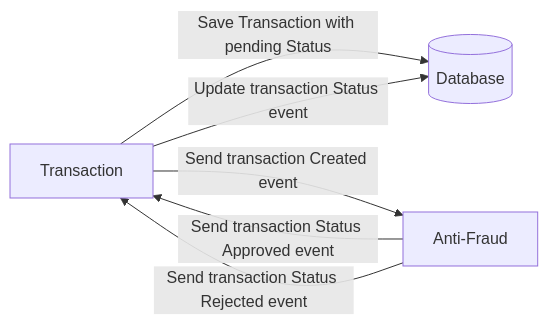
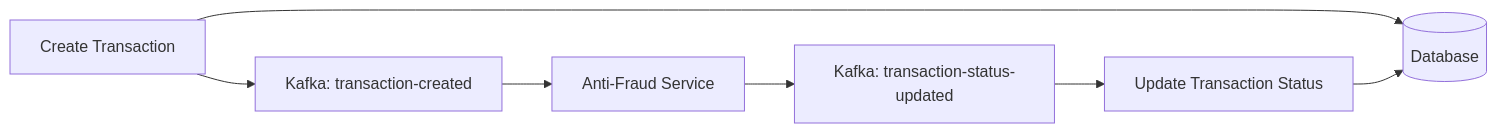
One commit to yaperos/app-nodejs-codechallenge changed the diagram in README.md. Above: the diagram before and after it, drawn with Mermaid. The commit also changed other lines of this file and 40 other files, not shown here.

````diff
--- a/README.md
+++ b/README.md
@@ -24,8 +22,9 @@
 ```mermaid
-  flowchart LR
-    Transaction -- Save Transaction with pending Status --> transactionDatabase[(Database)]
-    Transaction --Send transaction Created event--> Anti-Fraud
-    Anti-Fraud -- Send transaction Status Approved event--> Transaction
-    Anti-Fraud -- Send transaction Status Rejected event--> Transaction
-    Transaction -- Update transaction Status event--> transactionDatabase[(Database)]
+flowchart LR
+    Transaction[Create Transaction] --> DB[(Database)]
+    Transaction --> Kafka[Kafka: transaction-created]
+    Kafka --> AntiFraud[Anti-Fraud Service]
+    AntiFraud --> KafkaStatus[Kafka: transaction-status-updated]
+    KafkaStatus --> UpdateStatus[Update Transaction Status]
+    UpdateStatus --> DB
 ```
````
